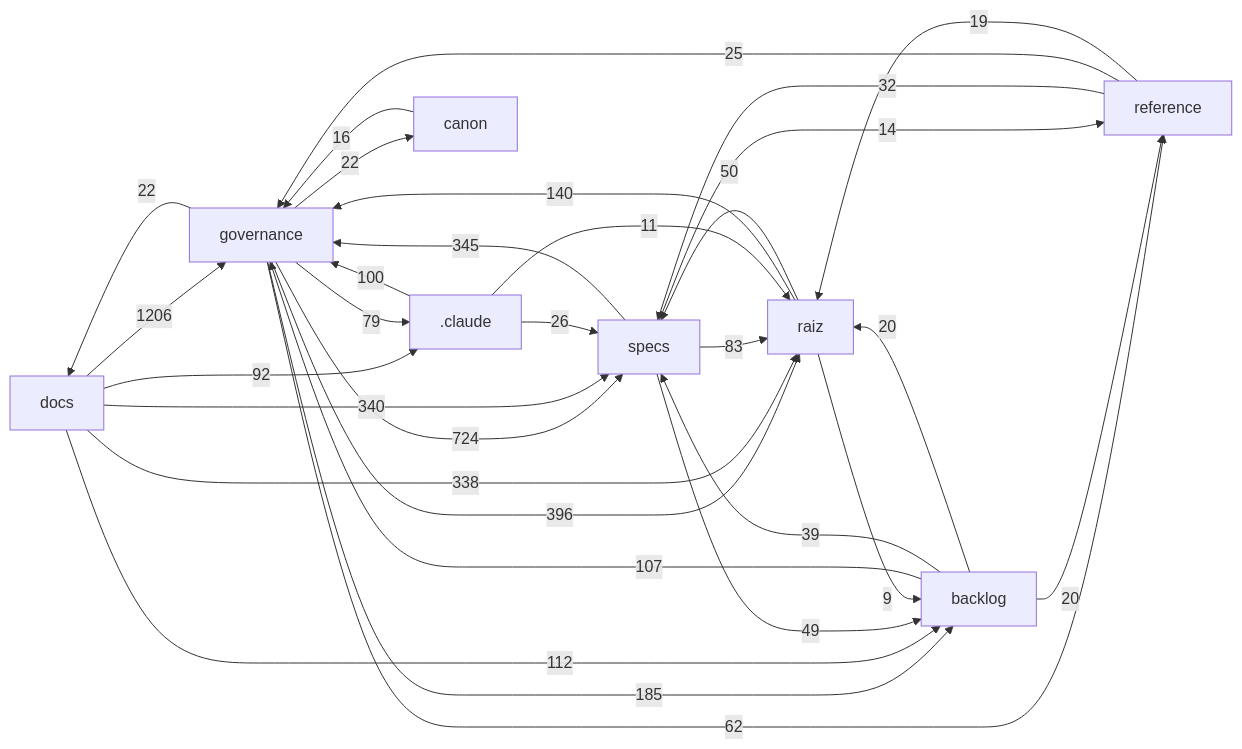
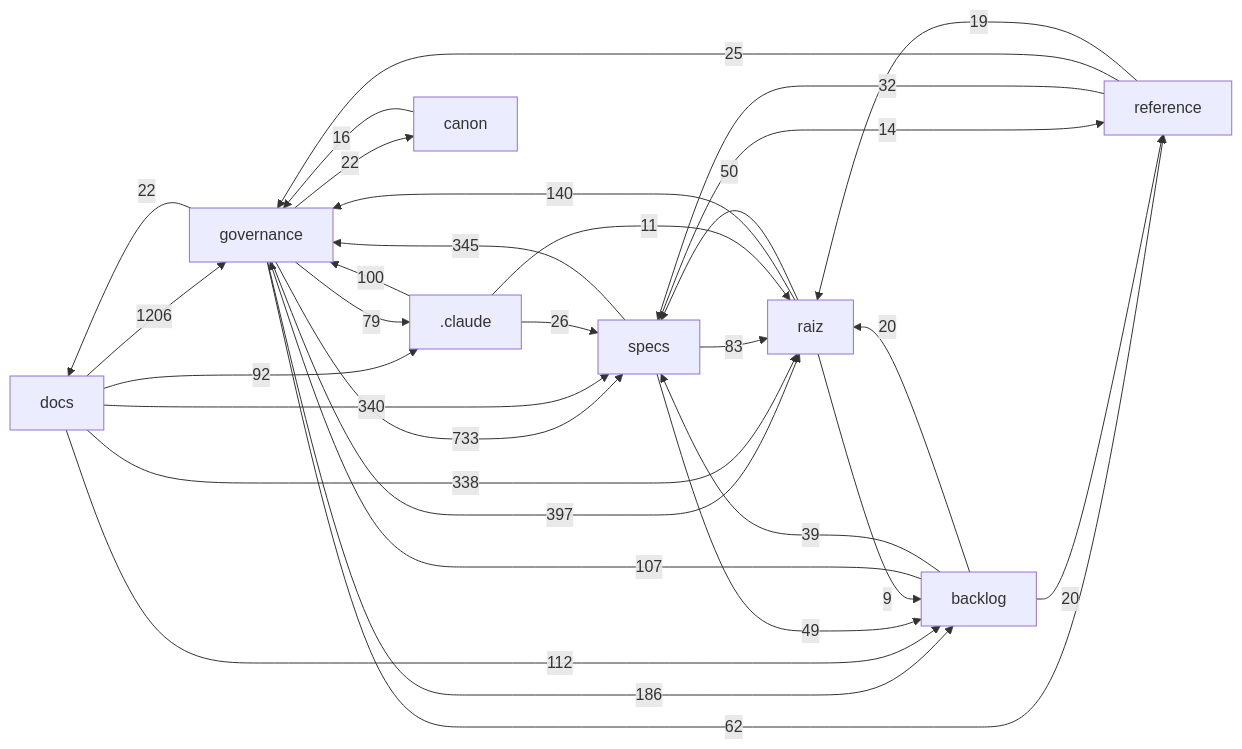
Before and after one commit to Andraus35/Sistema-Operacional-de-Trading--SOT: the diagram in docs/mapa/MAPA-PROJETO.md, drawn with Mermaid. The commit also changed other lines of this file and 2 other files, not shown here.

````diff
--- a/docs/mapa/MAPA-PROJETO.md
+++ b/docs/mapa/MAPA-PROJETO.md
@@ -29,33 +29,33 @@
 ```mermaid
 flowchart LR
   docs["docs"] -->|1206| governance["governance"]
-  governance["governance"] -->|724| specs["specs"]
-  governance["governance"] -->|396| raiz["raiz"]
+  governance["governance"] -->|733| specs["specs"]
+  governance["governance"] -->|397| raiz["raiz"]
   specs["specs"] -->|345| governance["governance"]
   docs["docs"] -->|340| specs["specs"]
   docs["docs"] -->|338| raiz["raiz"]
-  governance["governance"] -->|185| backlog["backlog"]
+  governance["governance"] -->|186| backlog["backlog"]
   raiz["raiz"] -->|140| governance["governance"]
   docs["docs"] -->|112| backlog["backlog"]
   backlog["backlog"] -->|107| governance["governance"]
   _claude[".claude"] -->|100| governance["governance"]
   docs["docs"] -->|92| _claude[".claude"]
   specs["specs"] -->|83| raiz["raiz"]
   governance["governance"] -->|79| _claude[".claude"]
   governance["governance"] -->|62| reference["reference"]
   raiz["raiz"] -->|50| specs["specs"]
   specs["specs"] -->|49| backlog["backlog"]
   backlog["backlog"] -->|39| specs["specs"]
   reference["reference"] -->|32| specs["specs"]
   _claude[".claude"] -->|26| specs["specs"]
   reference["reference"] -->|25| governance["governance"]
   governance["governance"] -->|22| docs["docs"]
   governance["governance"] -->|22| canon["canon"]
   backlog["backlog"] -->|20| raiz["raiz"]
   backlog["backlog"] -->|20| reference["reference"]
   reference["reference"] -->|19| raiz["raiz"]
   canon["canon"] -->|16| governance["governance"]
   specs["specs"] -->|14| reference["reference"]
   _claude[".claude"] -->|11| raiz["raiz"]
   raiz["raiz"] -->|9| backlog["backlog"]
 ```
````
